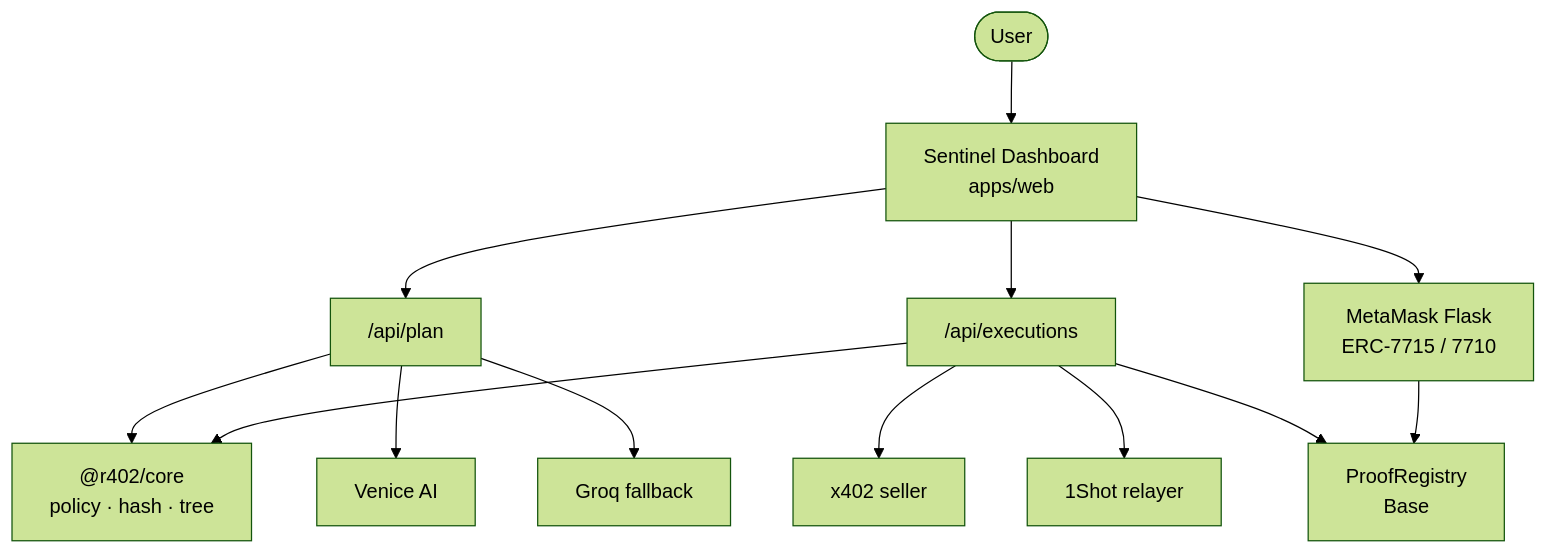
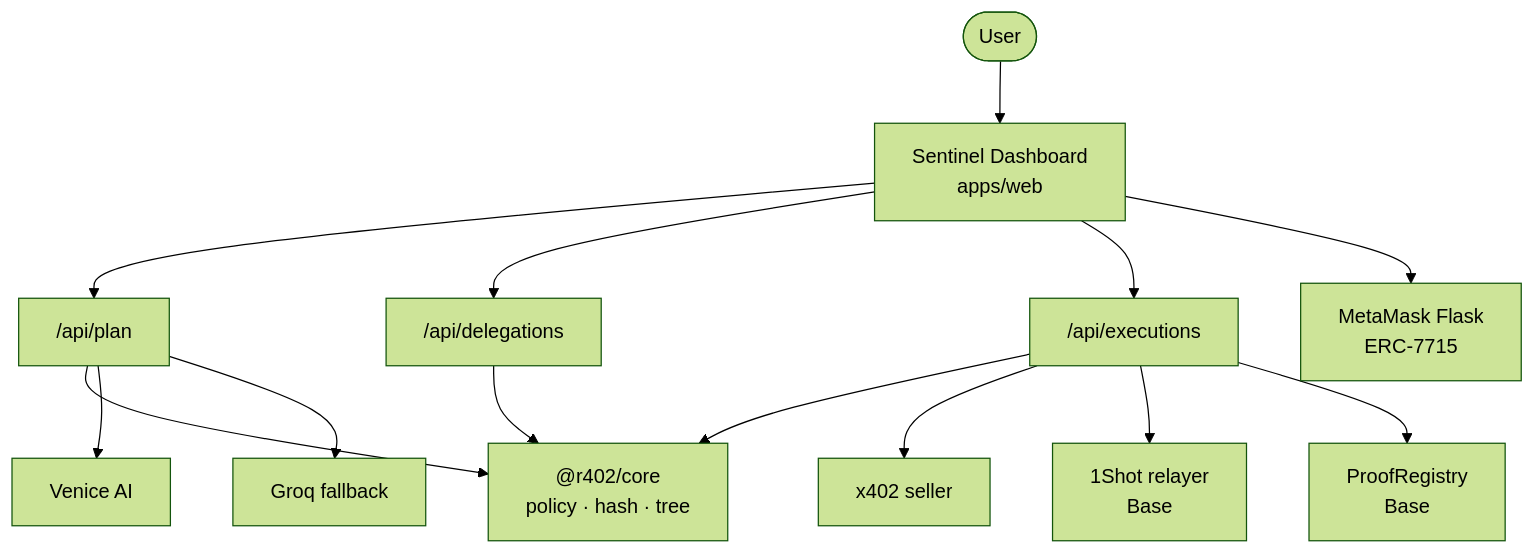
One commit to karagozemin/r402 changed the first of 3 diagrams in docs/architecture.md. Above: the diagram before and after it, drawn with Mermaid (forest theme). The commit also changed other lines of this file and 6 other files, not shown here.

````diff
--- a/docs/architecture.md
+++ b/docs/architecture.md
@@ -55,27 +57,29 @@
 ```mermaid
 flowchart TB
   User([User])
   Dashboard[Sentinel Dashboard<br/>apps/web]
   PlannerAPI["/api/plan"]
+  DelegAPI["/api/delegations"]
   ExecAPI["/api/executions"]
   Core["@r402/core<br/>policy · hash · tree"]
-  MM[MetaMask Flask<br/>ERC-7715 / 7710]
+  MM[MetaMask Flask<br/>ERC-7715]
   Venice[Venice AI]
   Groq[Groq fallback]
   X402[x402 seller]
-  OneShot[1Shot relayer]
+  OneShot[1Shot relayer<br/>Base]
   Registry[ProofRegistry<br/>Base]
 
   User --> Dashboard
   Dashboard --> PlannerAPI
+  Dashboard --> DelegAPI
   Dashboard --> ExecAPI
   Dashboard --> MM
   PlannerAPI --> Core
   PlannerAPI --> Venice
   PlannerAPI --> Groq
+  DelegAPI --> Core
   ExecAPI --> Core
   ExecAPI --> X402
   ExecAPI --> OneShot
   ExecAPI --> Registry
-  MM --> Registry
 ```
````
